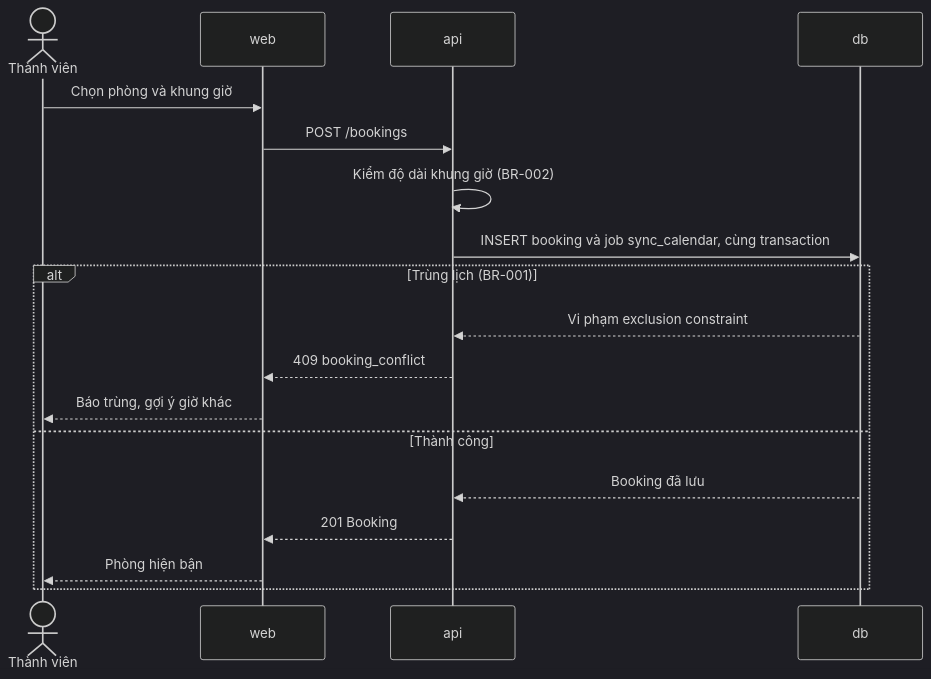
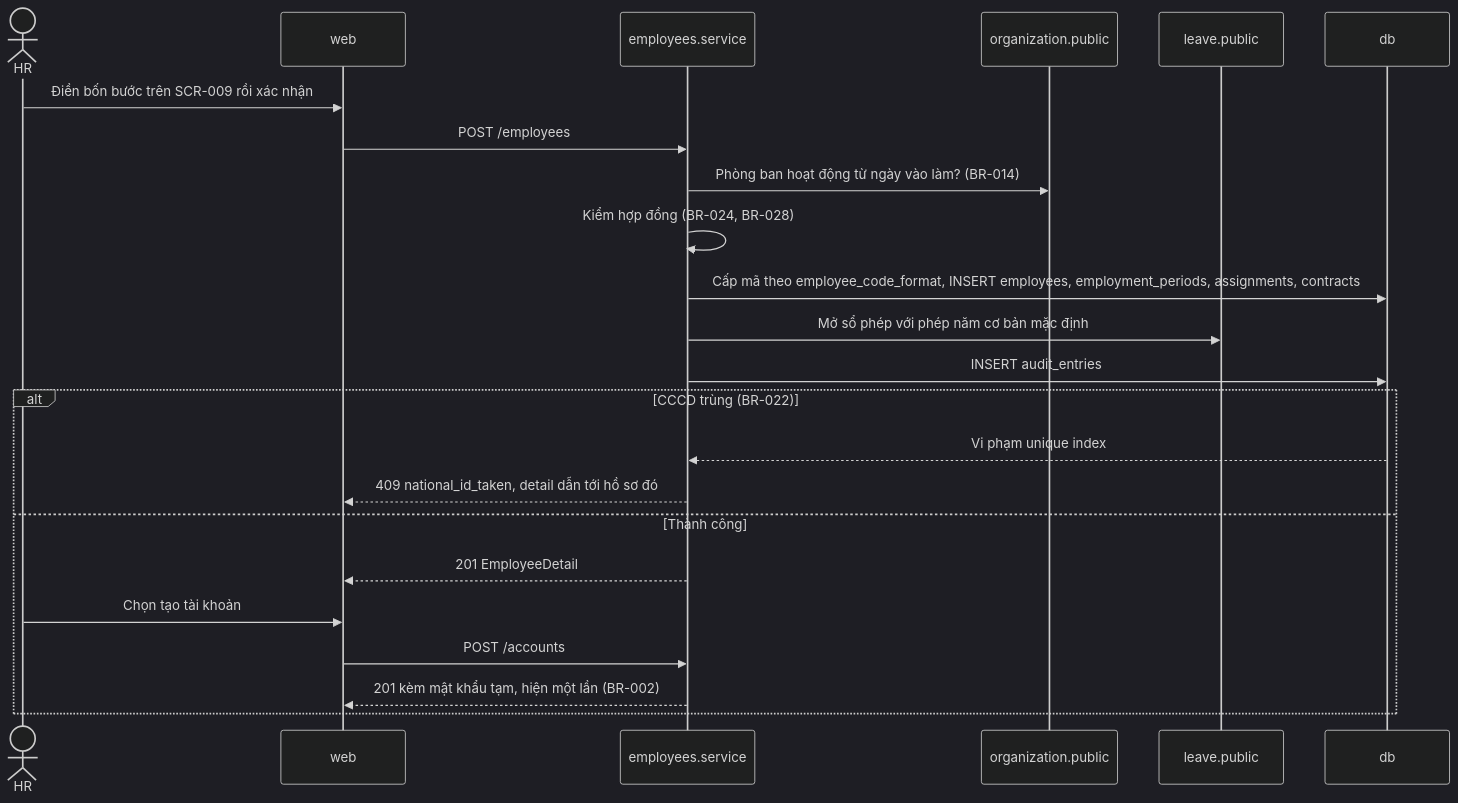
The third of 9 diagrams in docs/design/flows.md (pbaodev/hr-manager), drawn with Mermaid (dark theme) before and after one commit. The commit also changed other lines of this file and 5 other files, not shown here.

Commit message:
docs(design): viết component, dependency rule và sequence diagram cho MVP (#29)

````diff
--- a/docs/design/flows.md
+++ b/docs/design/flows.md
@@ -18,20 +107,25 @@
 ```mermaid
 sequenceDiagram
-  actor M as Thành viên
+  actor H as HR
   participant W as web
-  participant A as api
+  participant E as employees.service
+  participant O as organization.public
+  participant L as leave.public
   participant D as db
-  M->>W: Chọn phòng và khung giờ
-  W->>A: POST /bookings
-  A->>A: Kiểm độ dài khung giờ (BR-002)
-  A->>D: INSERT booking và job sync_calendar, cùng transaction
-  alt Trùng lịch (BR-001)
-    D-->>A: Vi phạm exclusion constraint
-    A-->>W: 409 booking_conflict
-    W-->>M: Báo trùng, gợi ý giờ khác
+  H->>W: Điền bốn bước trên SCR-009 rồi xác nhận
+  W->>E: POST /employees
+  E->>O: Phòng ban hoạt động từ ngày vào làm? (BR-014)
+  E->>E: Kiểm hợp đồng (BR-024, BR-028)
+  E->>D: Cấp mã theo employee_code_format, INSERT employees, employment_periods, assignments, contracts
+  E->>L: Mở sổ phép với phép năm cơ bản mặc định
+  E->>D: INSERT audit_entries
+  alt CCCD trùng (BR-022)
+    D-->>E: Vi phạm unique index
+    E-->>W: 409 national_id_taken, detail dẫn tới hồ sơ đó
   else Thành công
-    D-->>A: Booking đã lưu
-    A-->>W: 201 Booking
-    W-->>M: Phòng hiện bận
+    E-->>W: 201 EmployeeDetail
+    H->>W: Chọn tạo tài khoản
+    W->>E: POST /accounts
+    E-->>W: 201 kèm mật khẩu tạm, hiện một lần (BR-002)
   end
 ```
````
